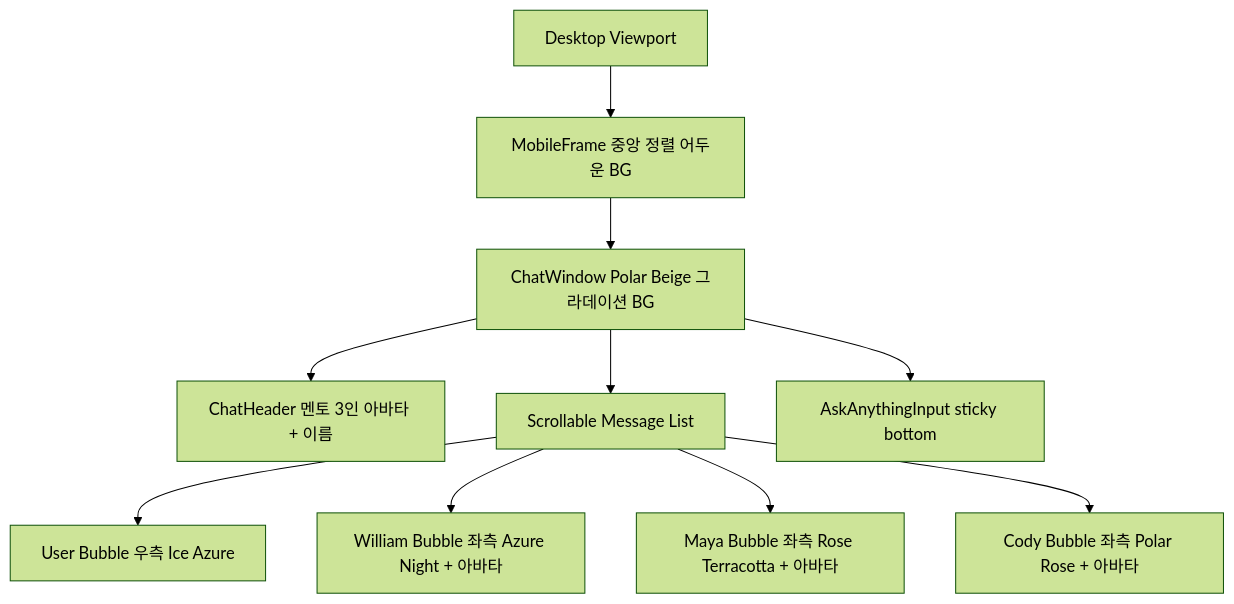
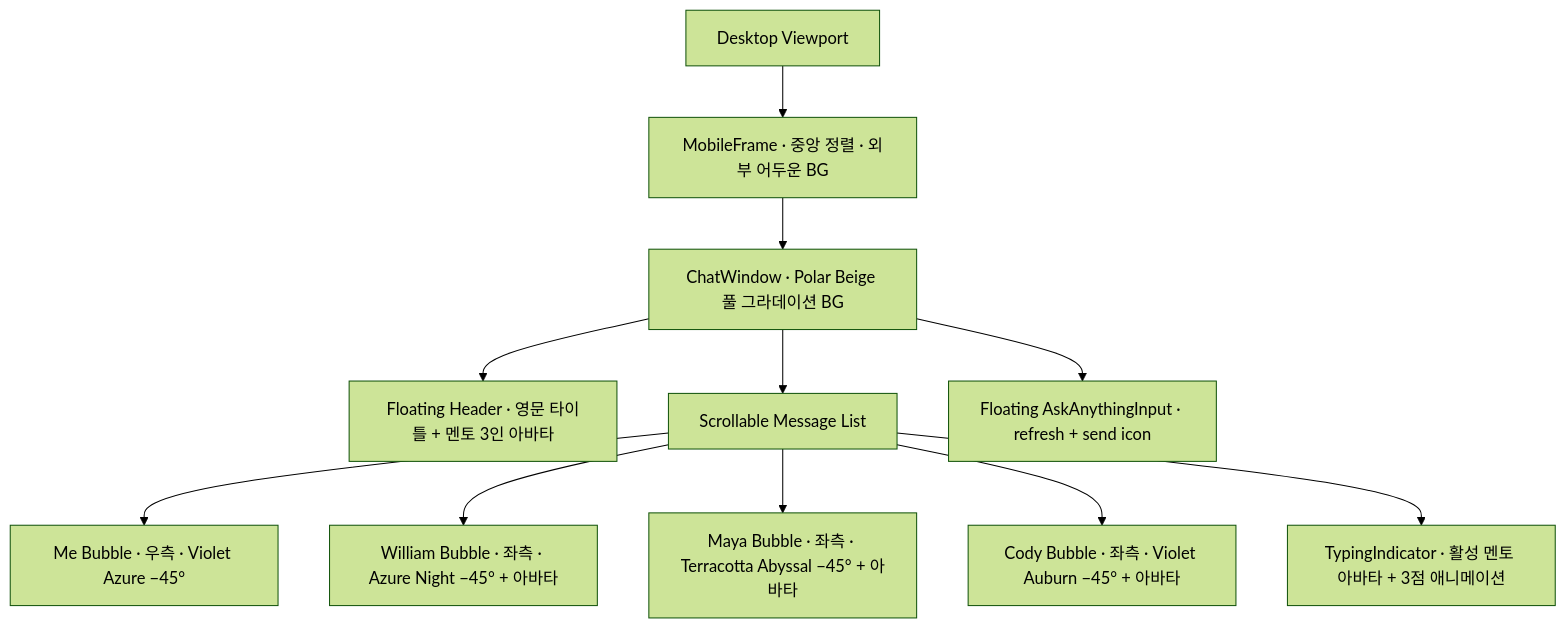
Before and after one commit to woongs2021/Triad-ai-agent-project: the first of 2 diagrams in Mainplan.md, drawn with Mermaid (forest theme). The commit also changed other lines of this file and 1 other file, not shown here.

````diff
--- a/Mainplan.md
+++ b/Mainplan.md
@@ -400,12 +404,13 @@
 ```mermaid
 flowchart TB
-    Desktop[Desktop Viewport] --> Frame[MobileFrame 중앙 정렬 어두운 BG]
-    Frame --> Chat[ChatWindow Polar Beige 그라데이션 BG]
-    Chat --> Header[ChatHeader 멘토 3인 아바타 + 이름]
-    Chat --> Scroll[Scrollable Message List]
-    Chat --> Input[AskAnythingInput sticky bottom]
-    Scroll --> UserBubble[User Bubble 우측 Ice Azure]
-    Scroll --> WillBubble[William Bubble 좌측 Azure Night + 아바타]
-    Scroll --> MayaBubble[Maya Bubble 좌측 Rose Terracotta + 아바타]
-    Scroll --> CodyBubble[Cody Bubble 좌측 Polar Rose + 아바타]
+    Desktop["Desktop Viewport"] --> Frame["MobileFrame · 중앙 정렬 · 외부 어두운 BG"]
+    Frame --> Chat["ChatWindow · Polar Beige 풀 그라데이션 BG"]
+    Chat --> Header["Floating Header · 영문 타이틀 + 멘토 3인 아바타"]
+    Chat --> Scroll["Scrollable Message List"]
+    Chat --> Input["Floating AskAnythingInput · refresh + send icon"]
+    Scroll --> UserBubble["Me Bubble · 우측 · Violet Azure −45°"]
+    Scroll --> WillBubble["William Bubble · 좌측 · Azure Night −45° + 아바타"]
+    Scroll --> MayaBubble["Maya Bubble · 좌측 · Terracotta Abyssal −45° + 아바타"]
+    Scroll --> CodyBubble["Cody Bubble · 좌측 · Violet Auburn −45° + 아바타"]
+    Scroll --> Typing["TypingIndicator · 활성 멘토 아바타 + 3점 애니메이션"]
 ```
````
